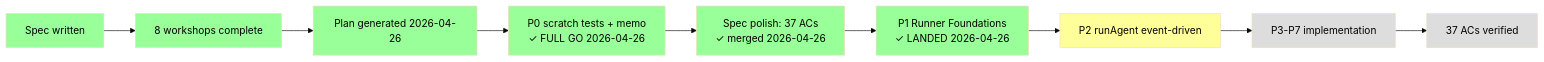
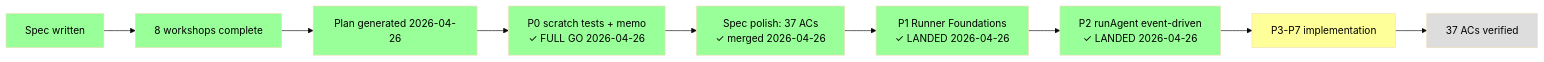
The second of 2 diagrams in docs/plans/007-backgrounding/coordination.fltplan.md (AI-Substrate/minih), drawn with Mermaid (base theme) before and after one commit. The commit also changed other lines of this file and 26 other files, not shown here.

Commit message:
feat: land phase 2 event-driven runner

````diff
--- a/docs/plans/007-backgrounding/coordination.fltplan.md
+++ b/docs/plans/007-backgrounding/coordination.fltplan.md
@@ -146,25 +146,25 @@
 ```mermaid
 graph LR
     Spec[Spec written]:::done
     WS[8 workshops complete]:::done
     Plan[Plan generated 2026-04-26]:::done
     P0[P0 scratch tests + memo<br/>✓ FULL GO 2026-04-26]:::done
     SP[Spec polish: 37 ACs<br/>✓ merged 2026-04-26]:::done
     P1[P1 Runner Foundations<br/>✓ LANDED 2026-04-26]:::done
-    P2[P2 runAgent event-driven]:::next
-    Phases[P3-P7 implementation]:::pending
+    P2[P2 runAgent event-driven<br/>✓ LANDED 2026-04-26]:::done
+    Phases[P3-P7 implementation]:::next
     Done[37 ACs verified]:::pending
 
     Spec --> WS
     WS --> Plan
     Plan --> P0
     P0 --> SP
     SP --> P1
     P1 --> P2
     P2 --> Phases
     Phases --> Done
 
     classDef done fill:#9f9,color:#000
     classDef next fill:#ff9,color:#000
     classDef pending fill:#ddd,color:#000
 ```
````
